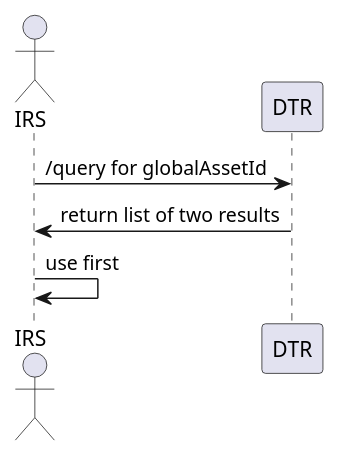
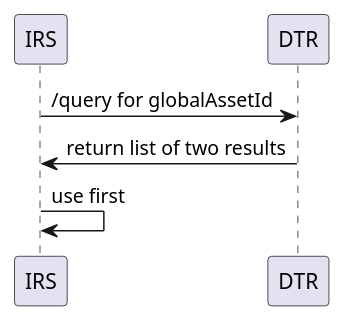
One commit to catenax-ng/tx-item-relationship-service changed the diagram in docs/arc42/cross-cutting/discovery-DTR--multiple-DTs-with-the-same-globalAssedId-in-one-DTR.puml. Above: the diagram before and after it, drawn with PlantUML. The commit also changed 121 other files, not shown here.

```diff
--- a/docs/arc42/cross-cutting/discovery-DTR--multiple-DTs-with-the-same-globalAssedId-in-one-DTR.puml
+++ b/docs/arc42/cross-cutting/discovery-DTR--multiple-DTs-with-the-same-globalAssedId-in-one-DTR.puml
@@ -1,8 +1,8 @@
 @startuml
-actor IRS
+participant IRS
 participant DTR
 
 IRS -> DTR: /query for globalAssetId
 DTR -> IRS: return list of two results
 IRS -> IRS: use first
 @enduml
```
